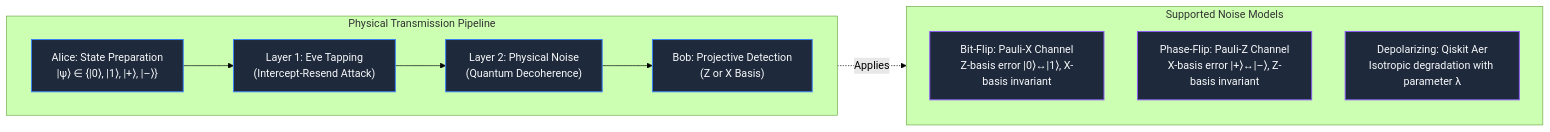
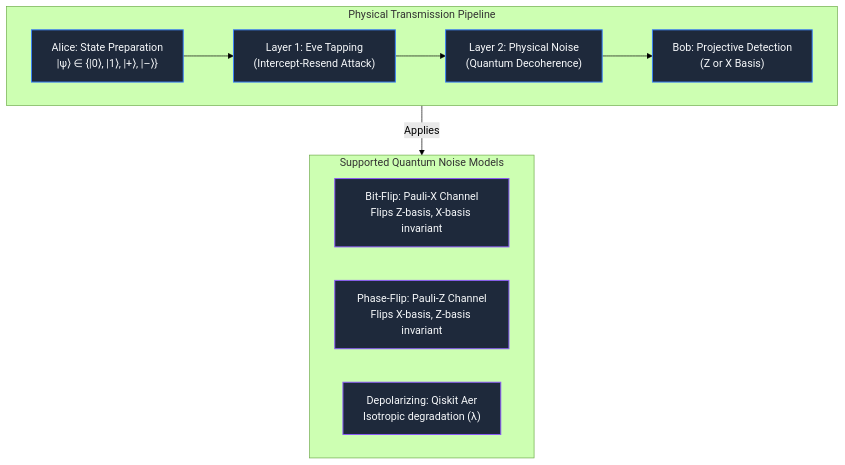
One commit to DineshMoorthy007/BB84-quantum-key-distribution changed the third of 3 diagrams in README.md. Above: the diagram before and after it, drawn with Mermaid (forest theme). The commit also changed other lines of this file, not shown here.

Commit message:
docs: update README parity note and reformat QuantumChannel mermaid diagram

````diff
--- a/README.md
+++ b/README.md
@@ -162,24 +162,24 @@
 ```mermaid
-flowchart LR
+flowchart TD
     subgraph Channel["Physical Transmission Pipeline"]
         direction LR
         A["Alice: State Preparation<br/>|ψ⟩ ∈ {|0⟩, |1⟩, |+⟩, |–⟩}"] --> EVE["Layer 1: Eve Tapping<br/>(Intercept-Resend Attack)"]
         EVE --> NOISE["Layer 2: Physical Noise<br/>(Quantum Decoherence)"]
         NOISE --> B["Bob: Projective Detection<br/>(Z or X Basis)"]
     end
 
-    subgraph Models["Supported Noise Models"]
-        direction TB
-        BF["Bit-Flip: Pauli-X Channel<br/>Z-basis error |0⟩↔|1⟩, X-basis invariant"]
-        PF["Phase-Flip: Pauli-Z Channel<br/>X-basis error |+⟩↔|–⟩, Z-basis invariant"]
-        DP["Depolarizing: Qiskit Aer<br/>Isotropic degradation with parameter λ"]
+    subgraph Models["Supported Quantum Noise Models"]
+        direction LR
+        BF["Bit-Flip: Pauli-X Channel<br/>Flips Z-basis, X-basis invariant"]
+        PF["Phase-Flip: Pauli-Z Channel<br/>Flips X-basis, Z-basis invariant"]
+        DP["Depolarizing: Qiskit Aer<br/>Isotropic degradation (λ)"]
     end
 
-    NOISE -.->|"Applies"| Models
+    NOISE -->|"Applies"| Models
 
     classDef channelBox fill:#1e293b,stroke:#3b82f6,stroke-width:1.5px,color:#f8fafc;
     classDef noiseBox fill:#1e293b,stroke:#8b5cf6,stroke-width:1.5px,color:#f8fafc;
 
     class A,EVE,NOISE,B channelBox;
     class BF,PF,DP noiseBox;
 ```
````
